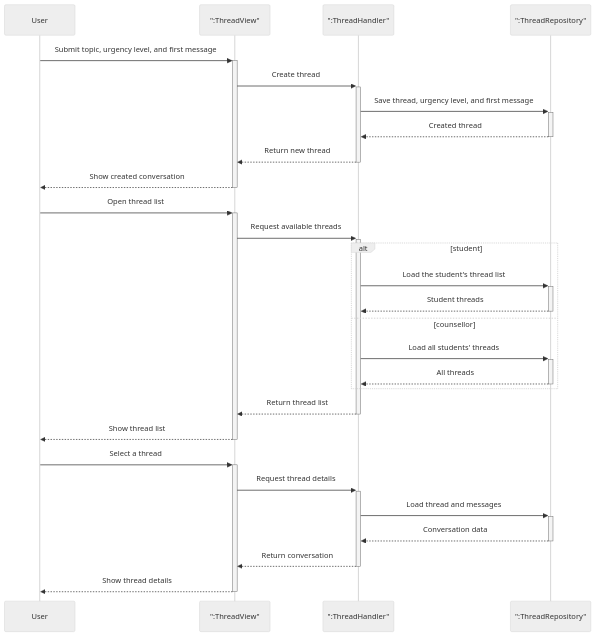
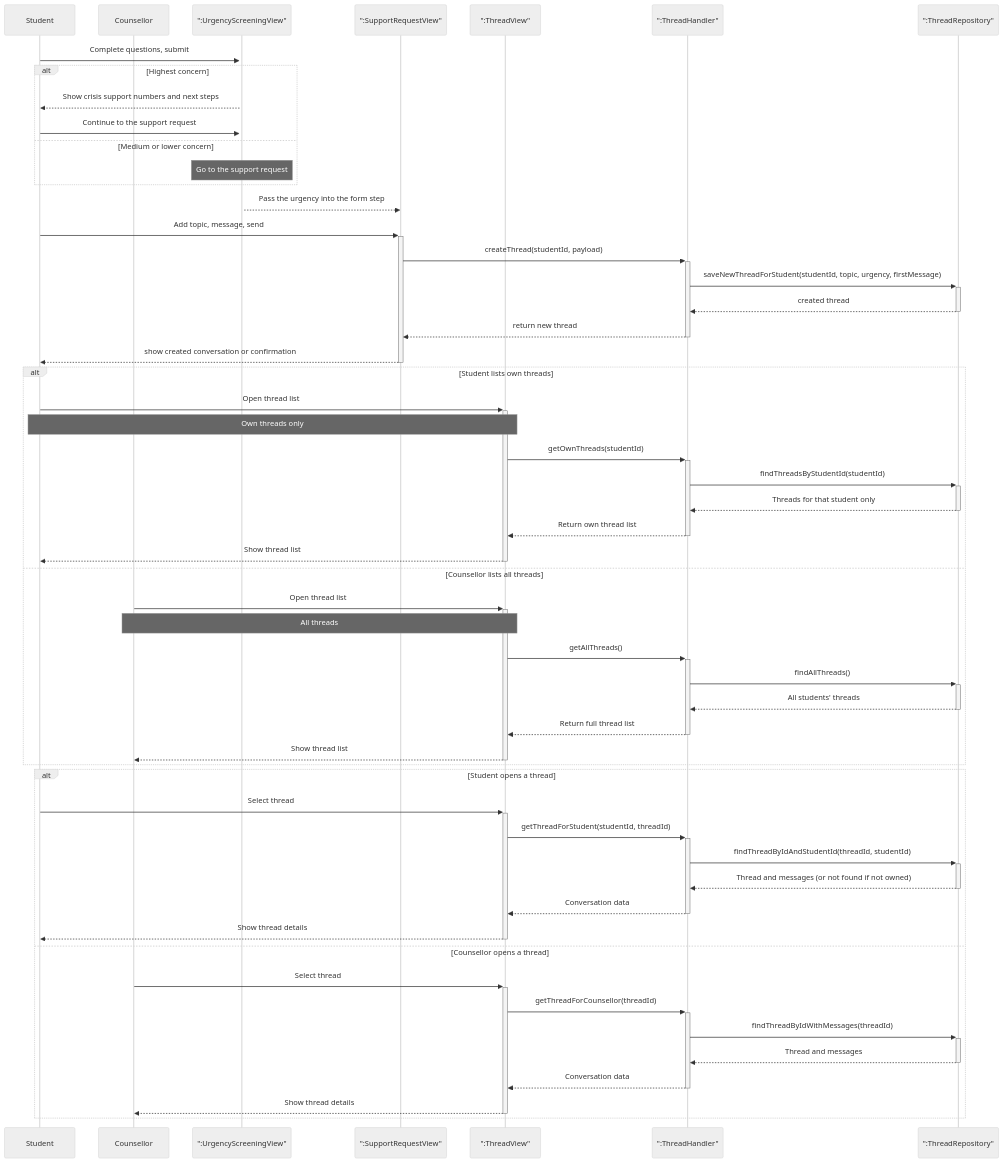
The diagram in docs/sequence-diagrams/feature-1-thread-lifecycle.md (sandyleedev/student-mental-support-app), drawn with Mermaid (neutral theme) before and after one commit. The commit also changed other lines of this file and 11 other files, not shown here.

First line of the commit message:
Chore/bus 71 refine diagrams (#34)

````diff
--- a/docs/sequence-diagrams/feature-1-thread-lifecycle.md
+++ b/docs/sequence-diagrams/feature-1-thread-lifecycle.md
@@ -5,36 +5,59 @@
 ```mermaid
 sequenceDiagram
-    participant User
+    participant Student
+    participant Counsellor
+    participant screeningView as ":UrgencyScreeningView"
+    participant supportView as ":SupportRequestView"
     participant threadView as ":ThreadView"
     participant threadHandler as ":ThreadHandler"
     participant threadRepository as ":ThreadRepository"
 
-    %% Flow 1 - Start a support request
-    User->>+threadView: Submit topic, urgency level, and first message
-    threadView->>+threadHandler: Create thread
-    threadHandler->>+threadRepository: Save thread, urgency level, and first message
-    threadRepository-->>-threadHandler: Created thread
-    threadHandler-->>-threadView: Return new thread
-    threadView-->>-User: Show created conversation
+    Student->>+screeningView: Complete questions, submit
+    alt Highest concern
+        screeningView-->>Student: Show crisis support numbers and next steps
+        Student->>screeningView: Continue to the support request
+    else Medium or lower concern
+        Note over screeningView: Go to the support request
+    end
+    screeningView-->>supportView: Pass the urgency into the form step
+    Student->>+supportView: Add topic, message, send
+    supportView->>+threadHandler: createThread(studentId, payload)
+    threadHandler->>+threadRepository: saveNewThreadForStudent(studentId, topic, urgency, firstMessage)
+    threadRepository-->>-threadHandler: created thread
+    threadHandler-->>-supportView: return new thread
+    supportView-->>-Student: show created conversation or confirmation
 
-    %% Flow 2 - Browse support threads
-    User->>+threadView: Open thread list
-    threadView->>+threadHandler: Request available threads
-    alt student
-        threadHandler->>+threadRepository: Load the student's thread list
-        threadRepository-->>-threadHandler: Student threads
-    else counsellor
-        threadHandler->>+threadRepository: Load all students' threads
-        threadRepository-->>-threadHandler: All threads
+    alt Student lists own threads
+        Student->>+threadView: Open thread list
+        Note over Student, threadView: Own threads only
+        threadView->>+threadHandler: getOwnThreads(studentId)
+        threadHandler->>+threadRepository: findThreadsByStudentId(studentId)
+        threadRepository-->>-threadHandler: Threads for that student only
+        threadHandler-->>-threadView: Return own thread list
+        threadView-->>-Student: Show thread list
+    else Counsellor lists all threads
+        Counsellor->>+threadView: Open thread list
+        Note over Counsellor, threadView: All threads
+        threadView->>+threadHandler: getAllThreads()
+        threadHandler->>+threadRepository: findAllThreads()
+        threadRepository-->>-threadHandler: All students' threads
+        threadHandler-->>-threadView: Return full thread list
+        threadView-->>-Counsellor: Show thread list
     end
-    threadHandler-->>-threadView: Return thread list
-    threadView-->>-User: Show thread list
 
-    %% Flow 3 - Open a conversation
-    User->>+threadView: Select a thread
-    threadView->>+threadHandler: Request thread details
-    threadHandler->>+threadRepository: Load thread and messages
-    threadRepository-->>-threadHandler: Conversation data
-    threadHandler-->>-threadView: Return conversation
-    threadView-->>-User: Show thread details
+    alt Student opens a thread
+        Student->>+threadView: Select thread
+        threadView->>+threadHandler: getThreadForStudent(studentId, threadId)
+        threadHandler->>+threadRepository: findThreadByIdAndStudentId(threadId, studentId)
+        threadRepository-->>-threadHandler: Thread and messages (or not found if not owned)
+        threadHandler-->>-threadView: Conversation data
+        threadView-->>-Student: Show thread details
+    else Counsellor opens a thread
+        Counsellor->>+threadView: Select thread
+        threadView->>+threadHandler: getThreadForCounsellor(threadId)
+        threadHandler->>+threadRepository: findThreadByIdWithMessages(threadId)
+        threadRepository-->>-threadHandler: Thread and messages
+        threadHandler-->>-threadView: Conversation data
+        threadView-->>-Counsellor: Show thread details
+    end
 ```
````
